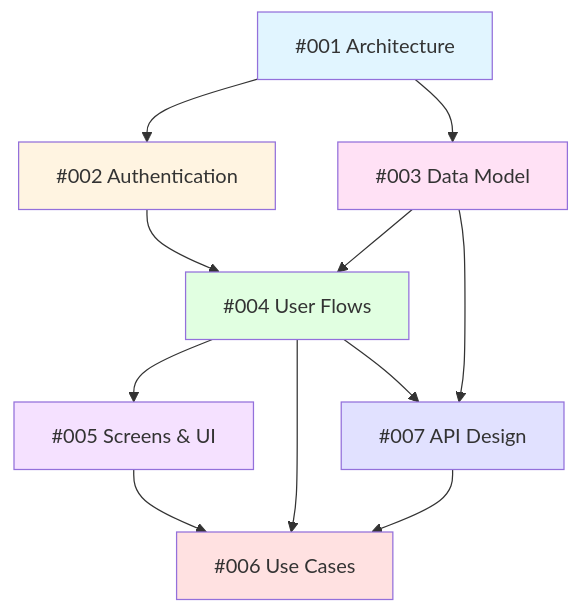
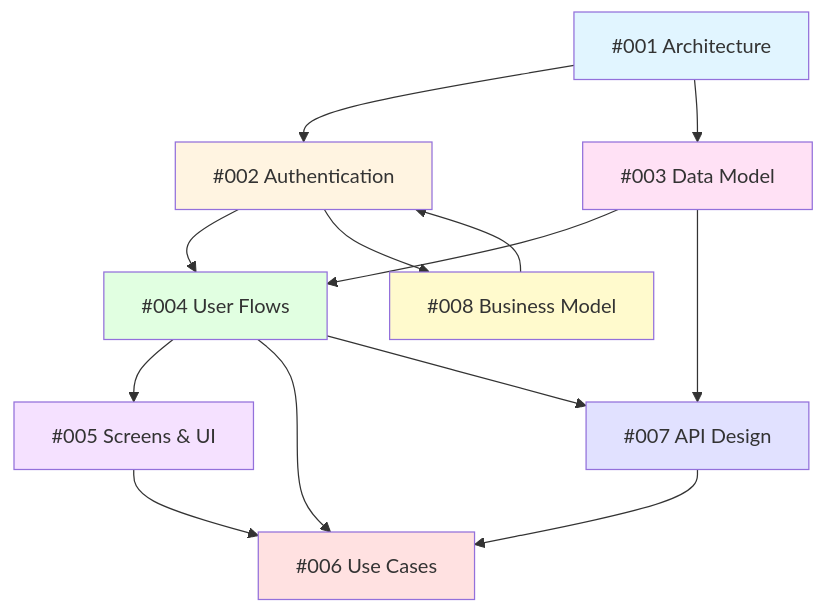
One commit to shlior7/epox-monorepo changed the diagram in apps/scenergy-visualizer/design-log/README.md. Above: the diagram before and after it, drawn with Mermaid. The commit also changed other lines of this file and 8 other files, not shown here.

First line of the commit message:
MAJOR UPDATE: Align design plans with existing data model + add business strategy

````diff
--- a/apps/scenergy-visualizer/design-log/README.md
+++ b/apps/scenergy-visualizer/design-log/README.md
@@ -325,21 +413,24 @@
 ```mermaid
 graph TD
     DL001[#001 Architecture] --> DL002[#002 Authentication]
     DL001 --> DL003[#003 Data Model]
     DL002 --> DL004[#004 User Flows]
     DL003 --> DL004
     DL004 --> DL005[#005 Screens & UI]
     DL004 --> DL006[#006 Use Cases]
     DL003 --> DL007[#007 API Design]
     DL004 --> DL007
     DL005 --> DL006
     DL007 --> DL006
+    DL002 --> DL008[#008 Business Model]
+    DL008 --> DL002
 
     style DL001 fill:#e1f5ff
     style DL002 fill:#fff4e1
     style DL003 fill:#ffe1f5
     style DL004 fill:#e1ffe1
     style DL005 fill:#f5e1ff
     style DL006 fill:#ffe1e1
     style DL007 fill:#e1e1ff
+    style DL008 fill:#fffacd
 ```
````
